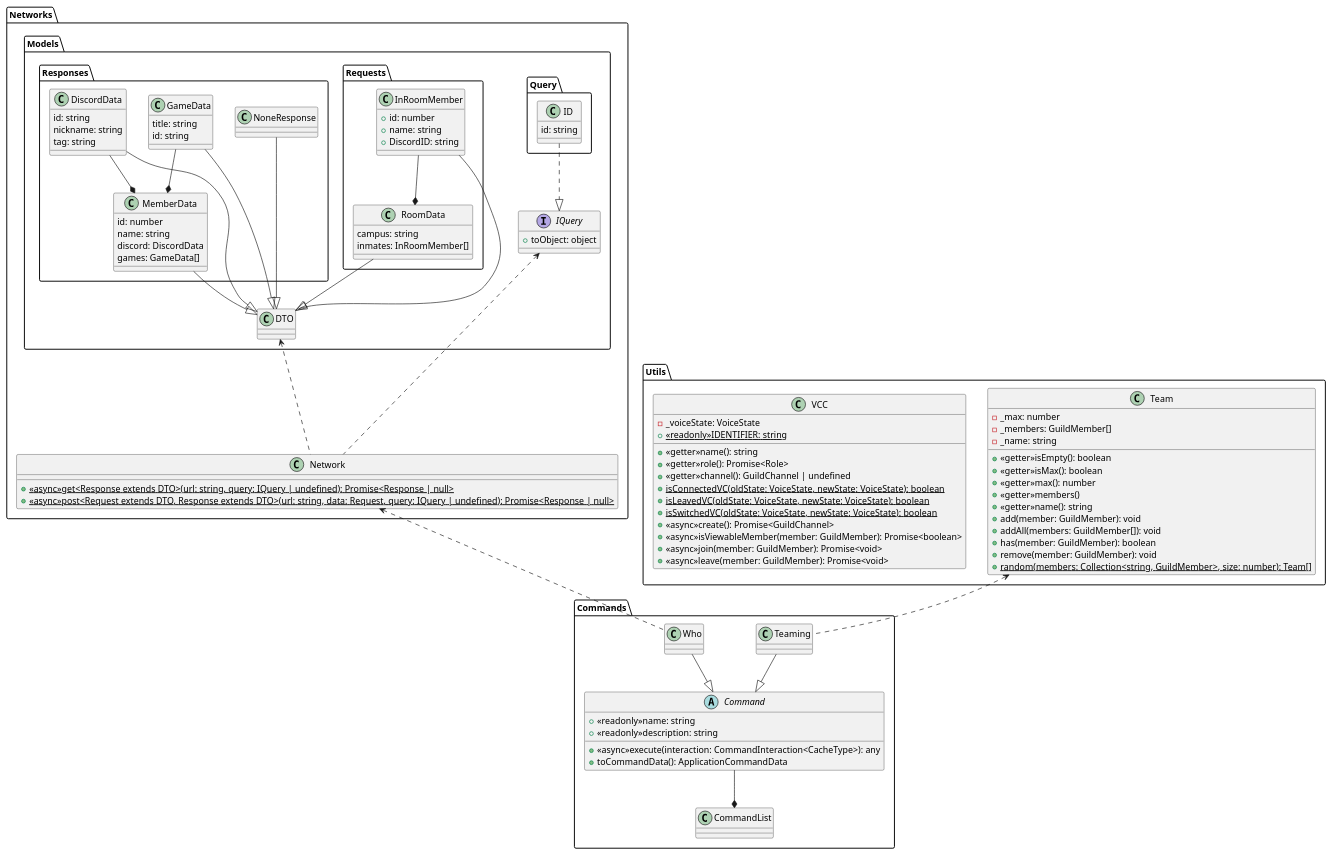
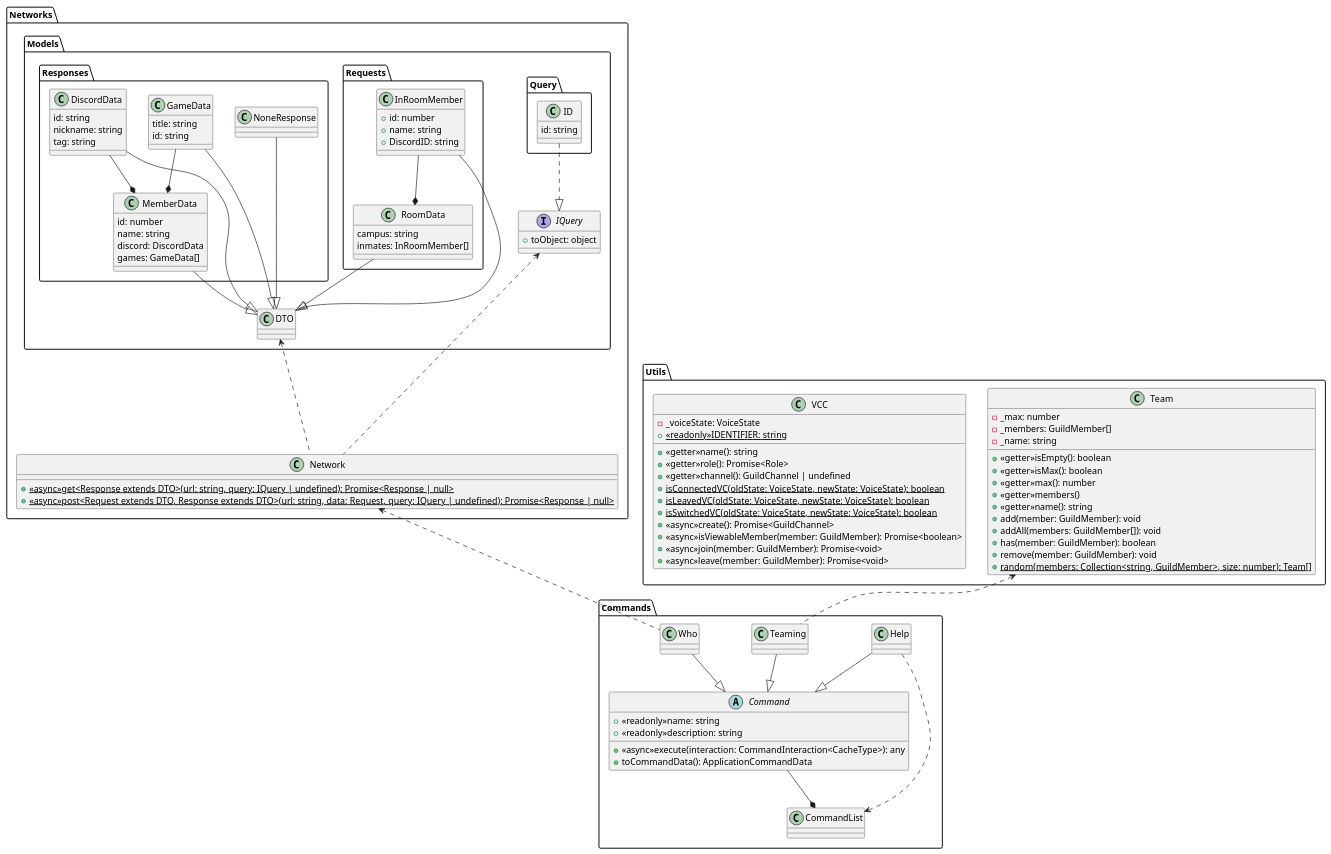
Before and after one commit to nmskm240/Discord-bot: the diagram in classDiaglam.pu, drawn with PlantUML. The commit also changed 4 other files, not shown here.

Commit message:
create help command

```diff
--- a/classDiaglam.pu
+++ b/classDiaglam.pu
@@ -1,142 +1,145 @@
 @startuml Discord-bot
 
 package Commands
 {
     abstract class Command
     {
         +<<readonly>>name: string
         +<<readonly>>description: string
         +<<async>>execute(interaction: CommandInteraction<CacheType>): any
         +toCommandData(): ApplicationCommandData
     }
     class CommandList
+    class Help
     class Teaming
     class Who
 }
 
 package Networks
 {
     package Models
     {
         package Query
         {
             class ID
             {
                 id: string
             }
         }
 
         package Requests
         {
             class InRoomMember
             {
                 +id: number
                 +name: string
                 +DiscordID: string
             }
 
             class RoomData
             {
                 campus: string
                 inmates: InRoomMember[]
             }
         }
 
         package Responses
         {
             class DiscordData
             {
                 id: string
                 nickname: string
                 tag: string
             }
 
             class GameData
             {
                 title: string
                 id: string
             }
 
             class MemberData
             {
                 id: number
                 name: string
                 discord: DiscordData
                 games: GameData[]
             }
 
             class NoneResponse
         }
         class DTO
         interface IQuery
         {
             +toObject: object
         }
     }
 
     class Network
     {
         +<<async>>{static}get<Response extends DTO>(url: string, query: IQuery | undefined): Promise<Response | null>
         +<<async>>{static}post<Request extends DTO, Response extends DTO>(url: string, data: Request, query: IQuery | undefined): Promise<Response | null>
     }
 }
 
 package Utils
 {
     class Team
     {
         -_max: number
         -_members: GuildMember[]
         -_name: string
         +<<getter>>isEmpty(): boolean
         +<<getter>>isMax(): boolean
         +<<getter>>max(): number
         +<<getter>>members()
         +<<getter>>name(): string
         +add(member: GuildMember): void
         +addAll(members: GuildMember[]): void
         +has(member: GuildMember): boolean
         +remove(member: GuildMember): void
         +{static}random(members: Collection<string, GuildMember>, size: number): Team[]
     }
 
     class VCC
     {
         -_voiceState: VoiceState
         +<<getter>>name(): string
         +<<getter>>role(): Promise<Role>
         +<<getter>>channel(): GuildChannel | undefined
         +<<readonly>>{static}IDENTIFIER: string
         +{static}isConnectedVC(oldState: VoiceState, newState: VoiceState): boolean
         +{static}isLeavedVC(oldState: VoiceState, newState: VoiceState): boolean
         +{static}isSwitchedVC(oldState: VoiceState, newState: VoiceState): boolean
         +<<async>>create(): Promise<GuildChannel>
         +<<async>>isViewableMember(member: GuildMember): Promise<boolean>
         +<<async>>join(member: GuildMember): Promise<void>
         +<<async>>leave(member: GuildMember): Promise<void>
     }
 }
 
+Help --|> Command
 Teaming --|> Command
 Who --|> Command
 
 InRoomMember --|> DTO
 RoomData --|> DTO
 DiscordData --|> DTO
 GameData --|> DTO
 MemberData --|> DTO
 NoneResponse --|> DTO
 
 ID ..|> IQuery
 
 Command --* CommandList
 InRoomMember --* RoomData
 GameData --* MemberData
 DiscordData --* MemberData
 
+Help ..> CommandList
 Teaming .up.> Team
 Who .up.> Network
 Network .up.> IQuery
 Network .up.> DTO
 
 @enduml
```
